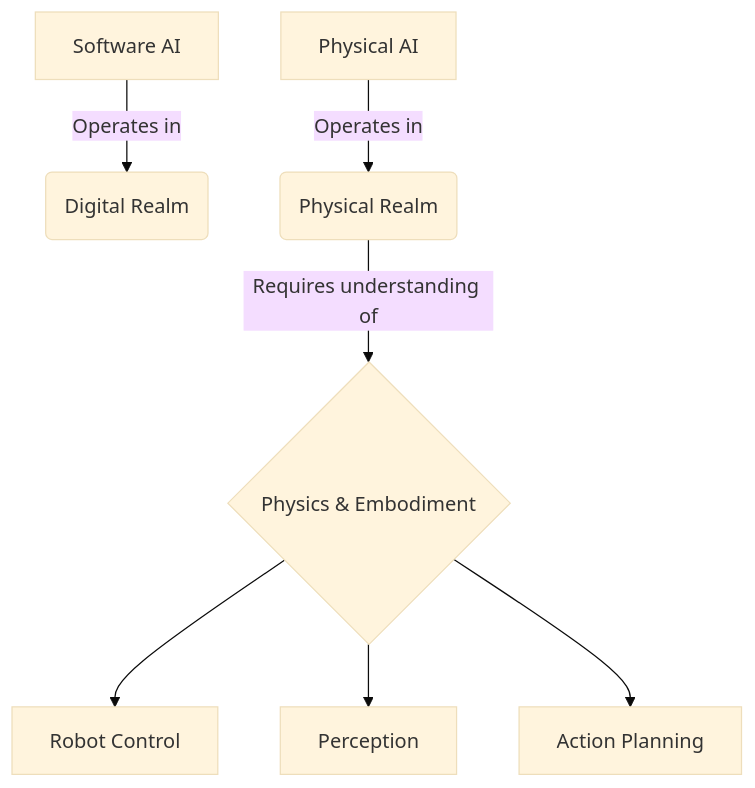
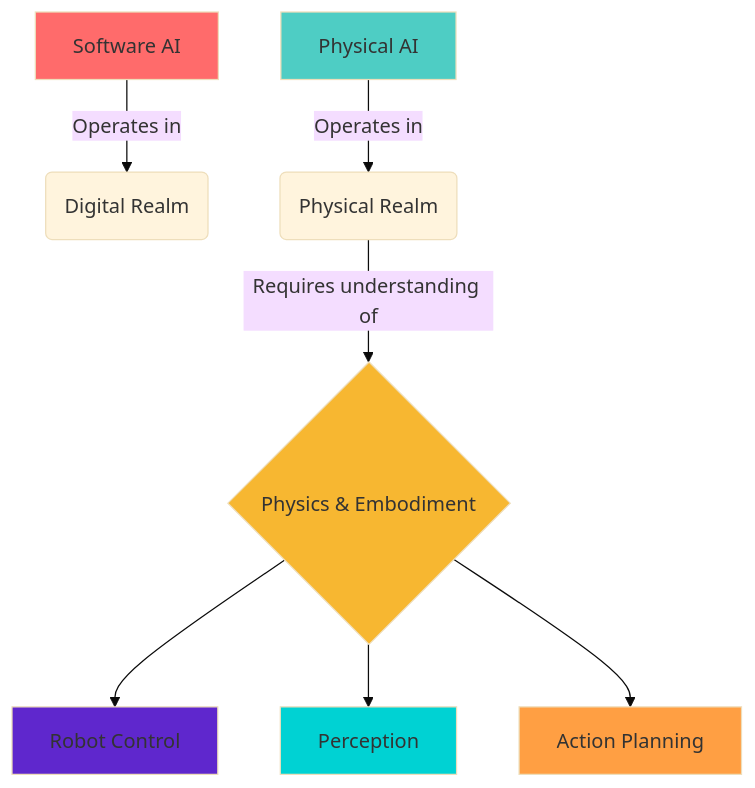
The diagram in docs/docs/physical-ai-robotics/introduction.md (asma-aslam30/hackathon), drawn with Mermaid (base theme) before and after one commit. The commit also changed other lines of this file and 4 other files, not shown here.

````diff
--- a/docs/docs/physical-ai-robotics/introduction.md
+++ b/docs/docs/physical-ai-robotics/introduction.md
@@ -46,9 +146,16 @@
 ```mermaid
 graph TD
     A[Software AI] -->|Operates in| B(Digital Realm)
     C[Physical AI] -->|Operates in| D(Physical Realm)
     D -->|Requires understanding of| E{Physics & Embodiment}
     E --> F[Robot Control]
     E --> G[Perception]
     E --> H[Action Planning]
+
+    style A fill:#ff6b6b
+    style C fill:#4ecdc4
+    style E fill:#f7b731
+    style F fill:#5f27cd
+    style G fill:#00d2d3
+    style H fill:#ff9f43
 ```
````
